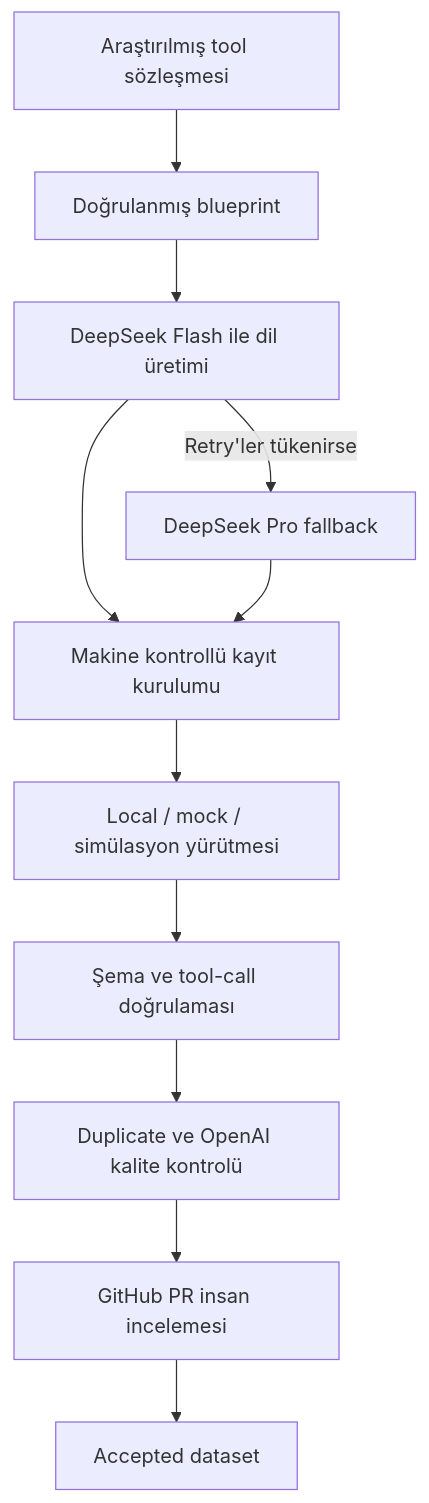
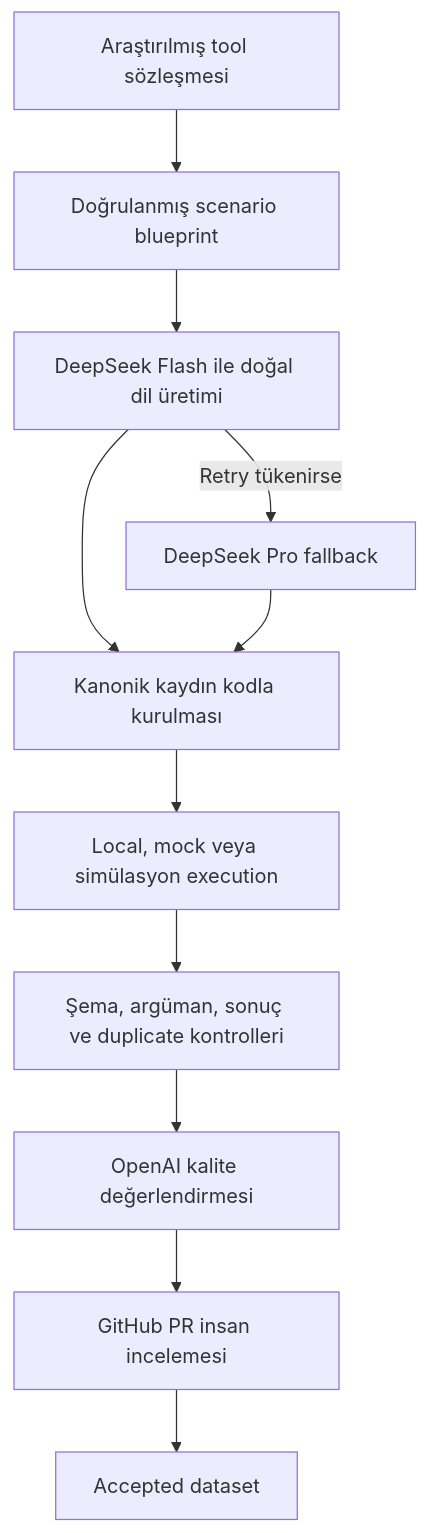
Before and after one commit to bilalabic/magibu-toolcall: the diagram in README.md, drawn with Mermaid. The commit also changed other lines of this file and 24 other files, not shown here.

````diff
--- a/README.md
+++ b/README.md
@@ -50,13 +36,13 @@
 ```mermaid
 flowchart TD
-    A["Araştırılmış tool sözleşmesi"] --> B["Doğrulanmış blueprint"]
-    B --> C["DeepSeek Flash ile dil üretimi"]
-    C -->|"Retry'ler tükenirse"| D["DeepSeek Pro fallback"]
-    C --> E["Makine kontrollü kayıt kurulumu"]
+    A["Araştırılmış tool sözleşmesi"] --> B["Doğrulanmış scenario blueprint"]
+    B --> C["DeepSeek Flash ile doğal dil üretimi"]
+    C -->|"Retry tükenirse"| D["DeepSeek Pro fallback"]
+    C --> E["Kanonik kaydın kodla kurulması"]
     D --> E
-    E --> F["Local / mock / simülasyon yürütmesi"]
-    F --> G["Şema ve tool-call doğrulaması"]
-    G --> H["Duplicate ve OpenAI kalite kontrolü"]
+    E --> F["Local, mock veya simülasyon execution"]
+    F --> G["Şema, argüman, sonuç ve duplicate kontrolleri"]
+    G --> H["OpenAI kalite değerlendirmesi"]
     H --> I["GitHub PR insan incelemesi"]
     I --> J["Accepted dataset"]
 ```
````
